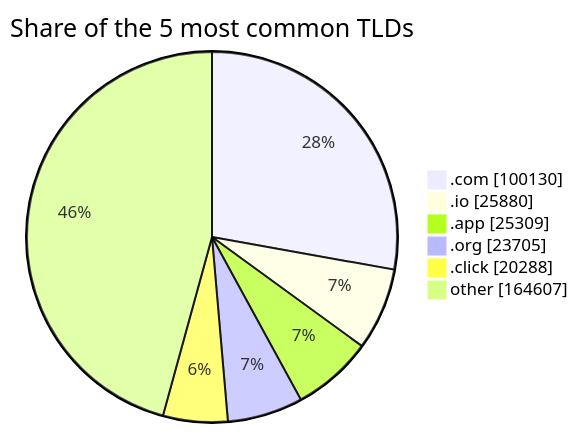
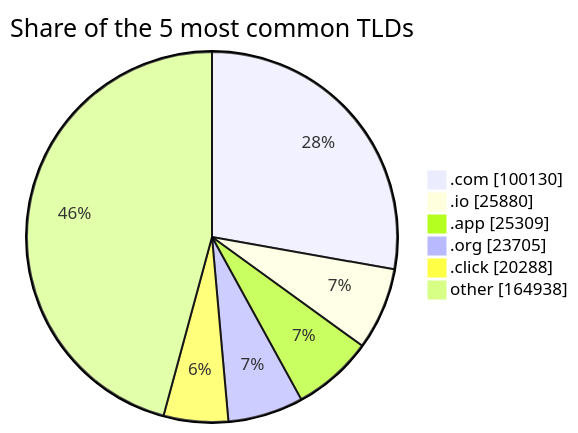
Before and after one commit to DNSBunker/CTI: the third of 3 diagrams in README.md, drawn with Mermaid. The commit also changed other lines of this file and 3 other files, not shown here.

````diff
--- a/README.md
+++ b/README.md
@@ -81,9 +81,9 @@
 ```mermaid
 pie showData title Share of the 5 most common TLDs
     ".com" : 100130
     ".io" : 25880
     ".app" : 25309
     ".org" : 23705
     ".click" : 20288
-    "other" : 164607
+    "other" : 164938
 ```
````
